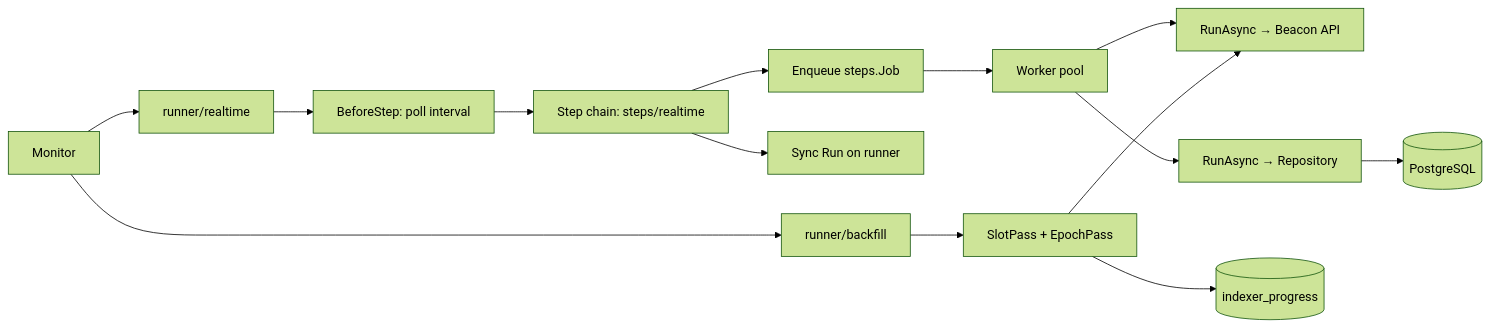
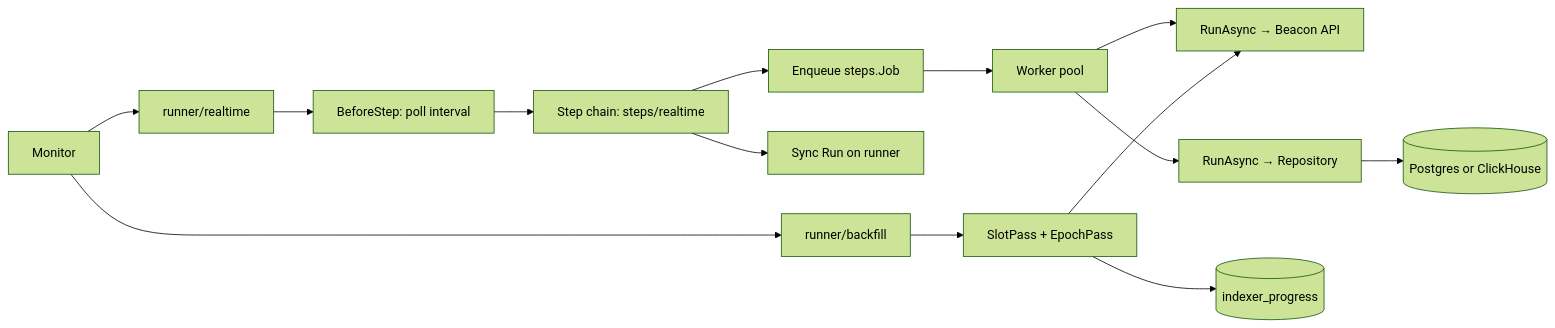
The diagram in readme.md (tharun-p/pauli), drawn with Mermaid (forest theme) before and after one commit. The commit also changed other lines of this file and 21 other files, not shown here.

````diff
--- a/readme.md
+++ b/readme.md
@@ -158,16 +177,16 @@
 ```mermaid
 flowchart LR
     A[Monitor] --> B[runner/realtime]
     A --> BF[runner/backfill]
     B --> C[BeforeStep: poll interval]
     C --> D[Step chain: steps/realtime]
     D --> E[Sync Run on runner]
     D --> F[Enqueue steps.Job]
     F --> G[Worker pool]
     G --> H[RunAsync → Beacon API]
     BF --> I[SlotPass + EpochPass]
     I --> H
     G --> J[RunAsync → Repository]
     I --> K[(indexer_progress)]
-    J --> L[(PostgreSQL)]
+    J --> L[(Postgres or ClickHouse)]
 ```
````
